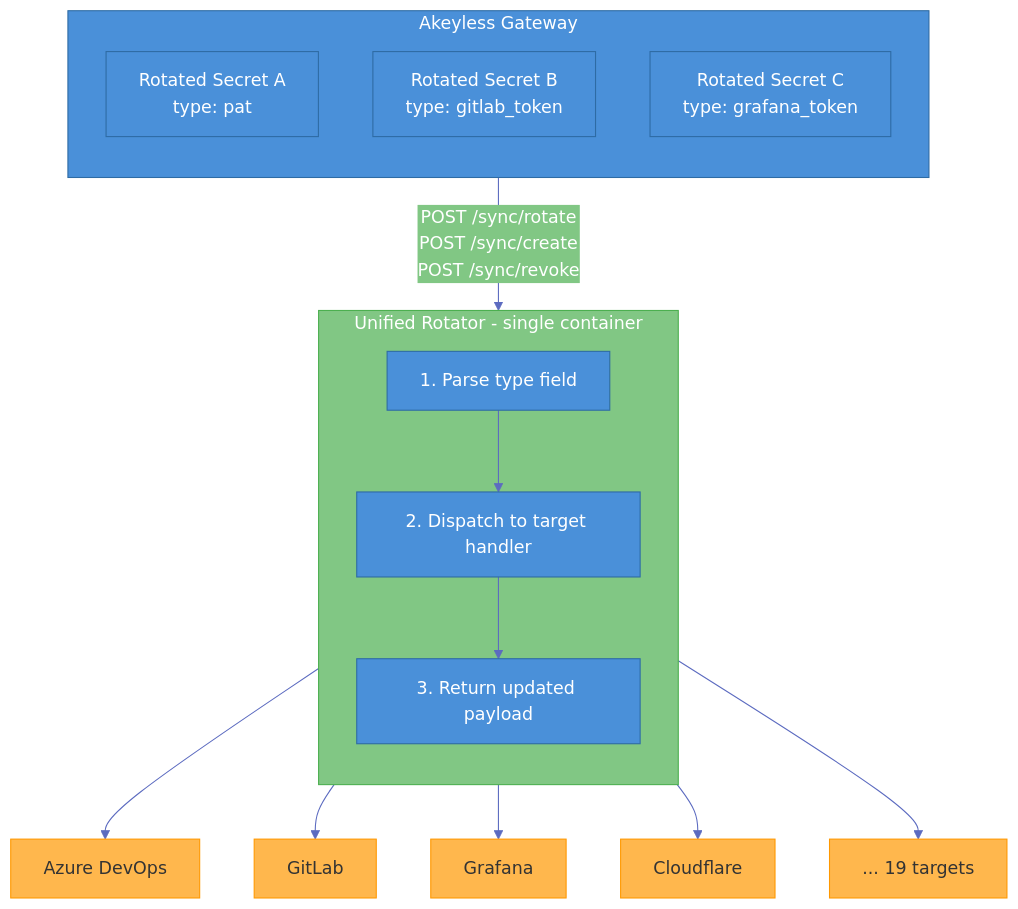
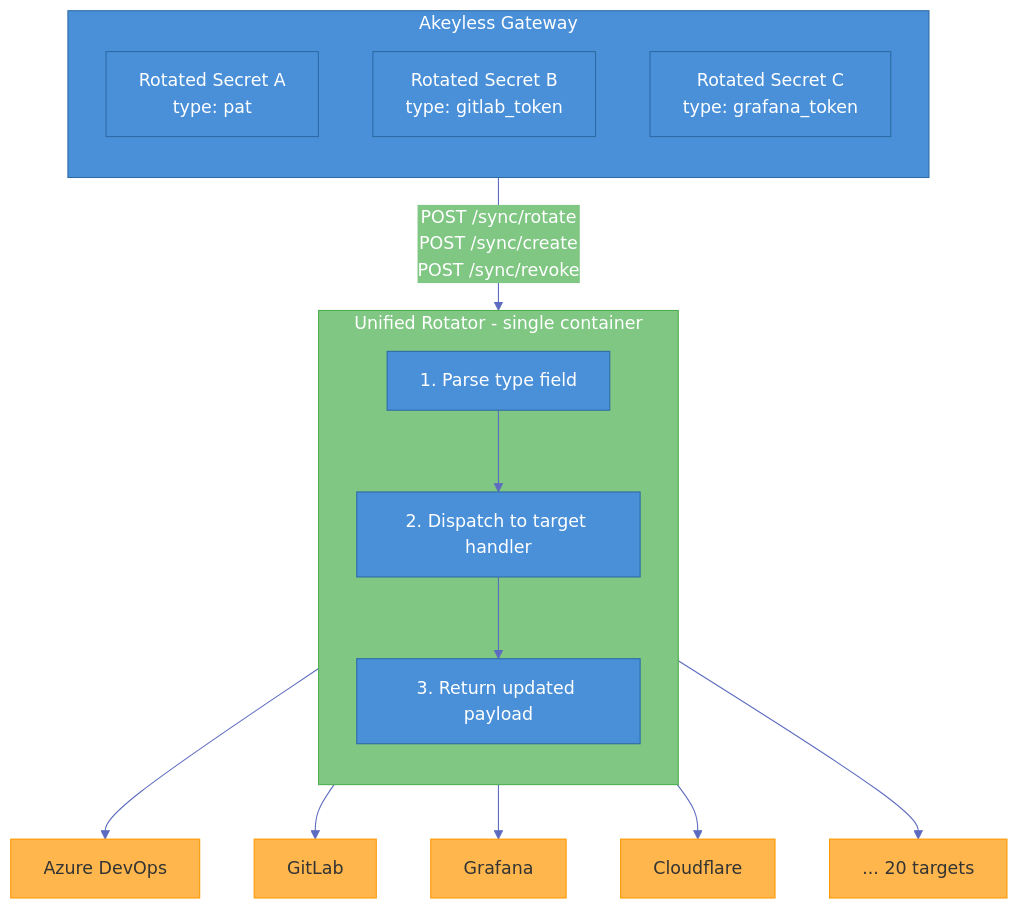
Before and after one commit to Fahmy-Kadiri-akl/custom-producer: the diagram in README.md, drawn with Mermaid. The commit also changed other lines of this file and 4 other files, not shown here.

````diff
--- a/README.md
+++ b/README.md
@@ -52,34 +52,34 @@
 ```mermaid
 %%{init: {'theme': 'base', 'themeVariables': {'primaryColor': '#4A90D9', 'primaryTextColor': '#fff', 'primaryBorderColor': '#2E6BA4', 'lineColor': '#5C6BC0', 'secondaryColor': '#81C784', 'tertiaryColor': '#FFB74D', 'noteTextColor': '#333', 'noteBkgColor': '#FFF9C4'}}}%%
 flowchart TB
     subgraph GW["Akeyless Gateway"]
         direction TB
         SA["Rotated Secret A\ntype: pat"]
         SB["Rotated Secret B\ntype: gitlab_token"]
         SC["Rotated Secret C\ntype: grafana_token"]
     end
 
     GW -- "POST /sync/rotate\nPOST /sync/create\nPOST /sync/revoke" --> R
 
     subgraph R["Unified Rotator - single container"]
         direction TB
         P["1. Parse type field"]
         D["2. Dispatch to target handler"]
         U["3. Return updated payload"]
         P --> D --> U
     end
 
     R --> T1["Azure DevOps"]
     R --> T2["GitLab"]
     R --> T3["Grafana"]
     R --> T4["Cloudflare"]
-    R --> T5["... 19 targets"]
+    R --> T5["... 20 targets"]
 
     style GW fill:#4A90D9,stroke:#2E6BA4,color:#fff
     style R fill:#81C784,stroke:#4CAF50,color:#fff
     style T1 fill:#FFB74D,stroke:#FF9800,color:#333
     style T2 fill:#FFB74D,stroke:#FF9800,color:#333
     style T3 fill:#FFB74D,stroke:#FF9800,color:#333
     style T4 fill:#FFB74D,stroke:#FF9800,color:#333
     style T5 fill:#FFB74D,stroke:#FF9800,color:#333
 ```
````
